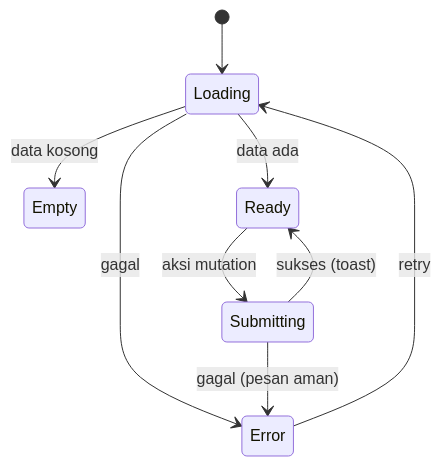
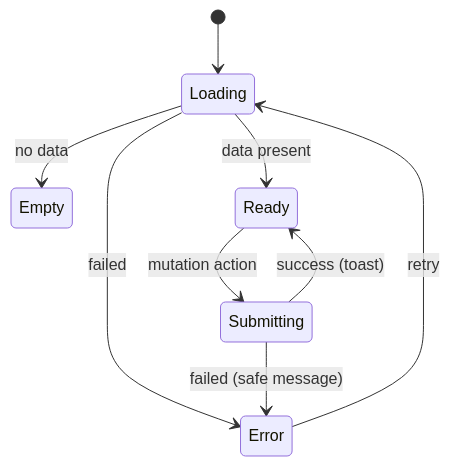
Before and after one commit to ahliweb/awcms: the third of 4 diagrams in docs/awcms/14_ui_ux_design_system.md, drawn with Mermaid. The commit also changed other lines of this file and 603 other files, not shown here.

````diff
--- a/docs/awcms/14_ui_ux_design_system.md
+++ b/docs/awcms/14_ui_ux_design_system.md
@@ -257,11 +259,11 @@
 ```mermaid
 stateDiagram-v2
   [*] --> Loading
-  Loading --> Empty: data kosong
-  Loading --> Ready: data ada
-  Loading --> Error: gagal
-  Ready --> Submitting: aksi mutation
-  Submitting --> Ready: sukses (toast)
-  Submitting --> Error: gagal (pesan aman)
+  Loading --> Empty: no data
+  Loading --> Ready: data present
+  Loading --> Error: failed
+  Ready --> Submitting: mutation action
+  Submitting --> Ready: success (toast)
+  Submitting --> Error: failed (safe message)
   Error --> Loading: retry
 ```
````
